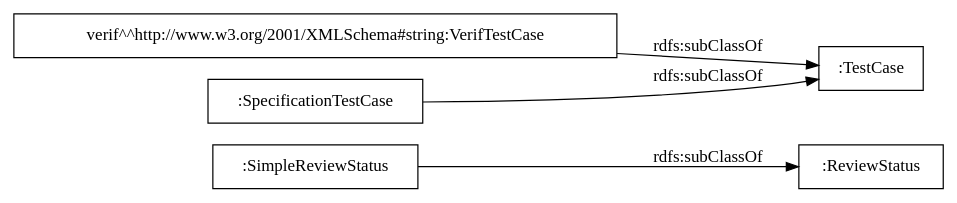
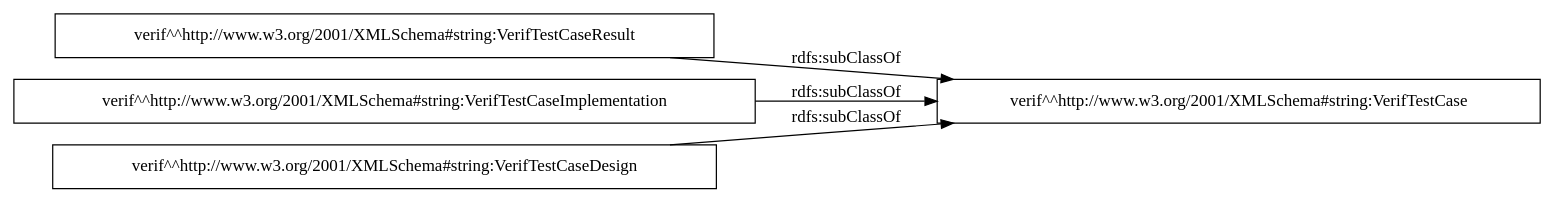
One commit to albaizq/test-verification-ontology changed the diagram in OnToology/ontology/verification-test-description.ttl/diagrams/ar2dtool-taxonomy/verification-test-description.ttl.png.dot. Above: the diagram before and after it, drawn with Graphviz. The commit also changed 11 other files, not shown here.

```diff
--- a/OnToology/ontology/verification-test-description.ttl/diagrams/ar2dtool-taxonomy/verification-test-description.ttl.png.dot
+++ b/OnToology/ontology/verification-test-description.ttl/diagrams/ar2dtool-taxonomy/verification-test-description.ttl.png.dot
@@ -1,9 +1,9 @@
 digraph ar2dtool_diagram { 
 rankdir=LR;
 size="1000"
-node [shape = rectangle, color="black"]; ":ReviewStatus" ":SimpleReviewStatus" "verif^^http://www.w3.org/2001/XMLSchema#string:VerifTestCase" ":SpecificationTestCase" ":TestCase" ; /*classes style*/
-	"verif^^http://www.w3.org/2001/XMLSchema#string:VerifTestCase" -> ":TestCase" [ label = "rdfs:subClassOf" ];
-	":SpecificationTestCase" -> ":TestCase" [ label = "rdfs:subClassOf" ];
-	":SimpleReviewStatus" -> ":ReviewStatus" [ label = "rdfs:subClassOf" ];
+node [shape = rectangle, color="black"]; "verif^^http://www.w3.org/2001/XMLSchema#string:VerifTestCaseResult" "verif^^http://www.w3.org/2001/XMLSchema#string:VerifTestCaseImplementation" "verif^^http://www.w3.org/2001/XMLSchema#string:VerifTestCaseDesign" "verif^^http://www.w3.org/2001/XMLSchema#string:VerifTestCase" ; /*classes style*/
+	"verif^^http://www.w3.org/2001/XMLSchema#string:VerifTestCaseImplementation" -> "verif^^http://www.w3.org/2001/XMLSchema#string:VerifTestCase" [ label = "rdfs:subClassOf" ];
+	"verif^^http://www.w3.org/2001/XMLSchema#string:VerifTestCaseResult" -> "verif^^http://www.w3.org/2001/XMLSchema#string:VerifTestCase" [ label = "rdfs:subClassOf" ];
+	"verif^^http://www.w3.org/2001/XMLSchema#string:VerifTestCaseDesign" -> "verif^^http://www.w3.org/2001/XMLSchema#string:VerifTestCase" [ label = "rdfs:subClassOf" ];
 
 }
```
